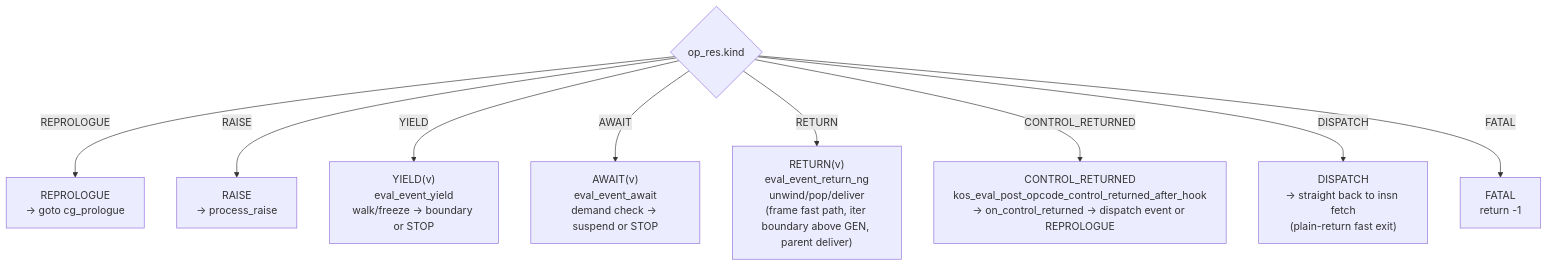
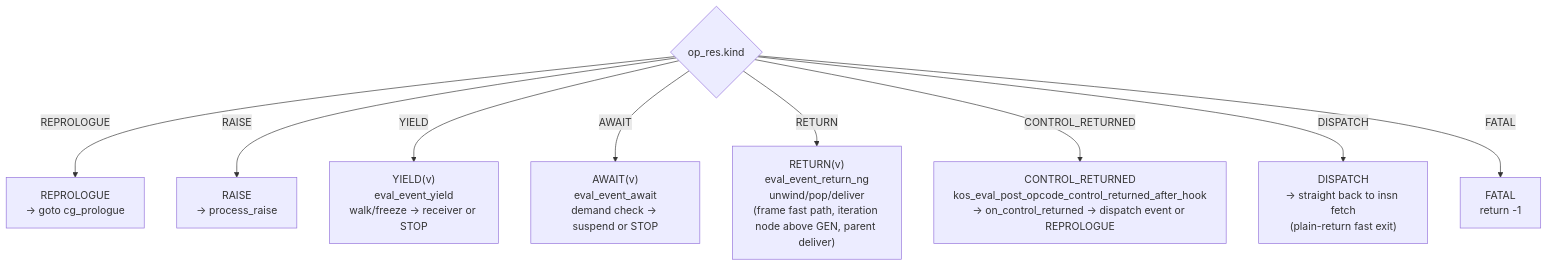
One commit to koskari-lang/koskari changed the seventh of 11 diagrams in design/EVALUATOR.md. Above: the diagram before and after it, drawn with Mermaid. The commit also changed other lines of this file and 26 other files, not shown here.

First line of the commit message:
Rename the iteration-node machinery out of the boundary vocabulary

````diff
--- a/design/EVALUATOR.md
+++ b/design/EVALUATOR.md
@@ -431,21 +431,21 @@
 ```mermaid
 flowchart TD
     kind{"op_res.kind"}
     repro["REPROLOGUE<br/>→ goto cg_prologue"]
     raise["RAISE<br/>→ process_raise"]
-    yield["YIELD(v)<br/>eval_event_yield<br/>walk/freeze → boundary or STOP"]
+    yield["YIELD(v)<br/>eval_event_yield<br/>walk/freeze → receiver or STOP"]
     await["AWAIT(v)<br/>eval_event_await<br/>demand check → suspend or STOP"]
-    ret["RETURN(v)<br/>eval_event_return_ng<br/>unwind/pop/deliver<br/>(frame fast path, iter boundary above GEN, parent deliver)"]
+    ret["RETURN(v)<br/>eval_event_return_ng<br/>unwind/pop/deliver<br/>(frame fast path, iteration node above GEN, parent deliver)"]
     ctrl["CONTROL_RETURNED<br/>kos_eval_post_opcode_control_returned_after_hook<br/>→ on_control_returned → dispatch event or REPROLOGUE"]
     disp["DISPATCH<br/>→ straight back to insn fetch<br/>(plain-return fast exit)"]
     fatal["FATAL<br/>return -1"]
 
     kind -->|REPROLOGUE| repro
     kind -->|RAISE| raise
     kind -->|YIELD| yield
     kind -->|AWAIT| await
     kind -->|RETURN| ret
     kind -->|CONTROL_RETURNED| ctrl
     kind -->|DISPATCH| disp
     kind -->|FATAL| fatal
 ```
````
